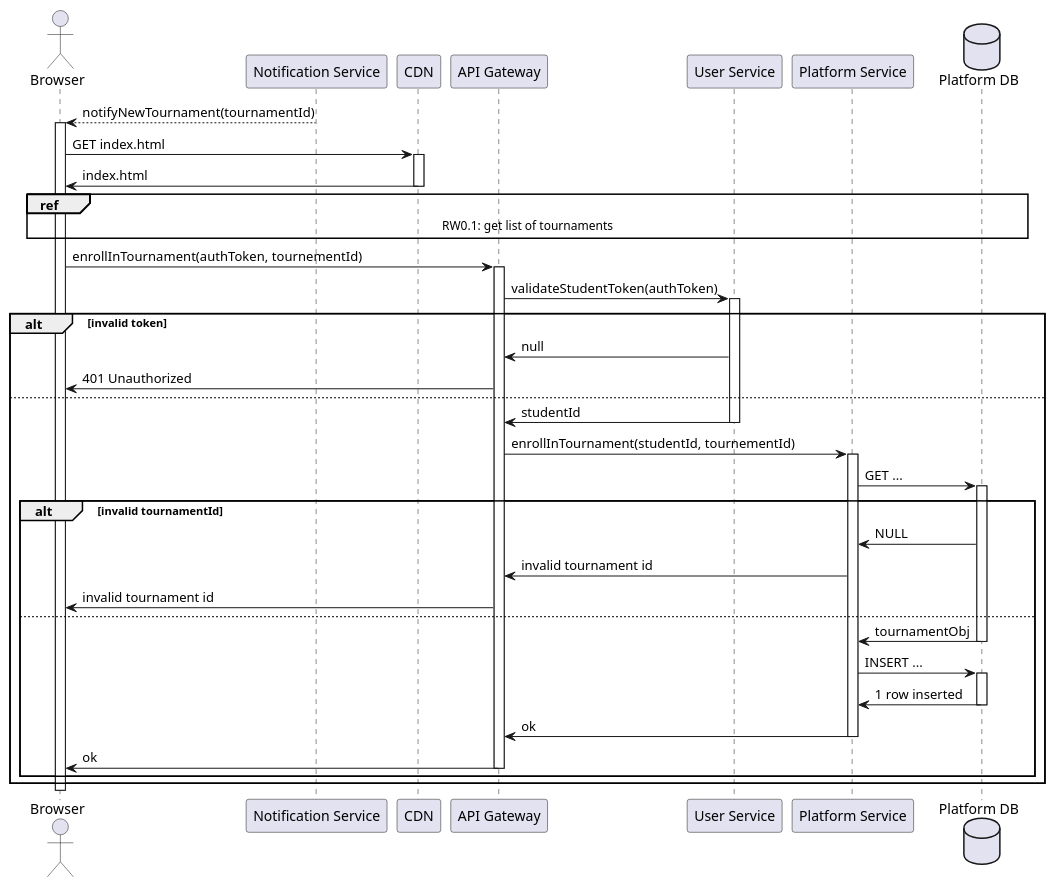
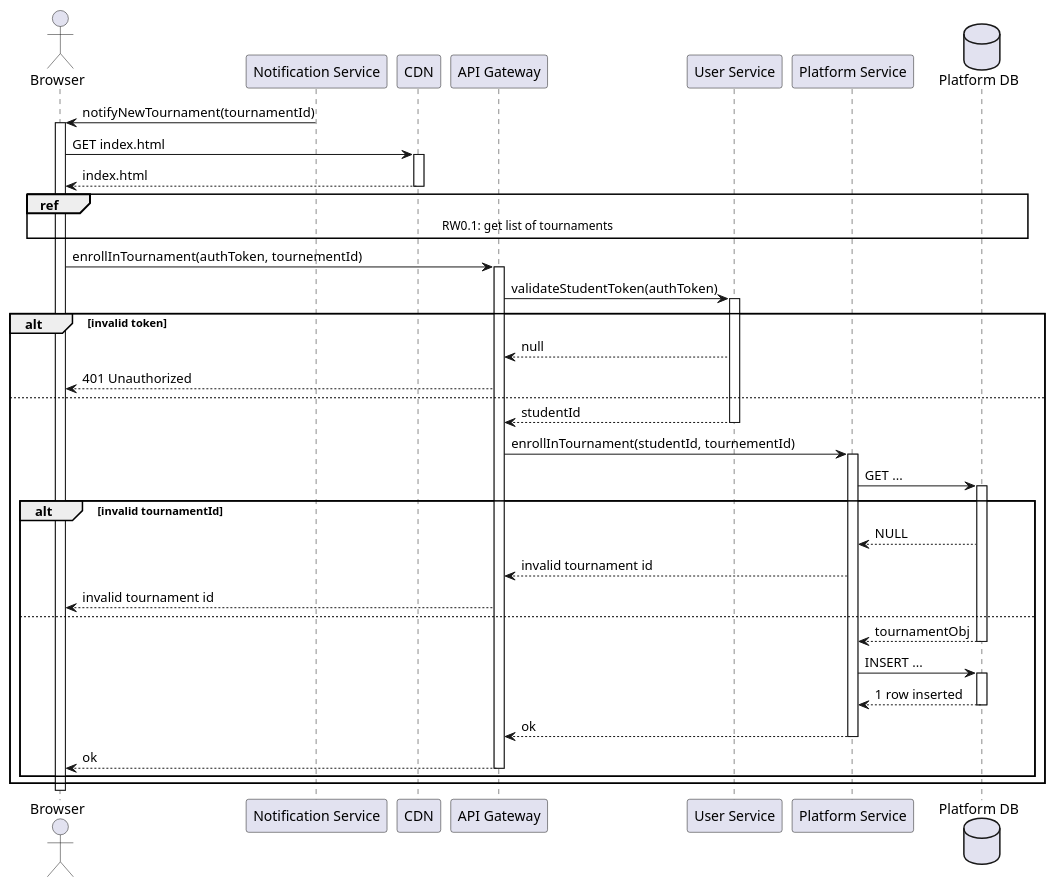
One commit to Furrrlo/CodeKataBattle changed the diagram in dd/puml/rw4.puml. Above: the diagram before and after it, drawn with PlantUML. The commit also changed 13 other files, not shown here.

Commit message:
Fix response dotted lines in RW seq diagrams

```diff
--- a/dd/puml/rw4.puml
+++ b/dd/puml/rw4.puml
@@ -1,42 +1,42 @@
 @startuml RW4 - Student joins to an existing Tournament by receiving a notification
 
 actor Browser
 participant "Notification Service" as notifs
 participant CDN
 participant "API Gateway" as gateway
 participant "User Service" as auth
 participant "Platform Service" as platform
 database "Platform DB" as platformDb
 
-notifs --> Browser ++ : notifyNewTournament(tournamentId)
+notifs -> Browser ++ : notifyNewTournament(tournamentId)
 Browser -> CDN ++ : GET index.html
-Browser <- CDN -- : index.html
+Browser <-- CDN -- : index.html
 
 ref over Browser, gateway, auth, platform, platformDb: RW0.1: get list of tournaments
 
 Browser -> gateway ++ : enrollInTournament(authToken, tournementId)
 gateway -> auth ++ : validateStudentToken(authToken)
 alt invalid token
-    gateway <- auth : null
-    Browser <- gateway : 401 Unauthorized
+    gateway <-- auth : null
+    Browser <-- gateway : 401 Unauthorized
 else
-    gateway <- auth -- : studentId
+    gateway <-- auth -- : studentId
     gateway -> platform ++ : enrollInTournament(studentId, tournementId)
     
     platform -> platformDb ++ : GET ...
     alt invalid tournamentId
-        platform <- platformDb : NULL
-        gateway <- platform : invalid tournament id
-        Browser <- gateway : invalid tournament id
+        platform <-- platformDb : NULL
+        gateway <-- platform : invalid tournament id
+        Browser <-- gateway : invalid tournament id
     else
-        platform <- platformDb -- : tournamentObj
+        platform <-- platformDb -- : tournamentObj
         platform -> platformDb ++ : INSERT ...
-        platform <- platformDb -- : 1 row inserted
-        gateway <- platform -- : ok
-        Browser <- gateway -- : ok
+        platform <-- platformDb -- : 1 row inserted
+        gateway <-- platform -- : ok
+        Browser <-- gateway -- : ok
     end
 end
 
 deactivate Browser
 
 @enduml
```
